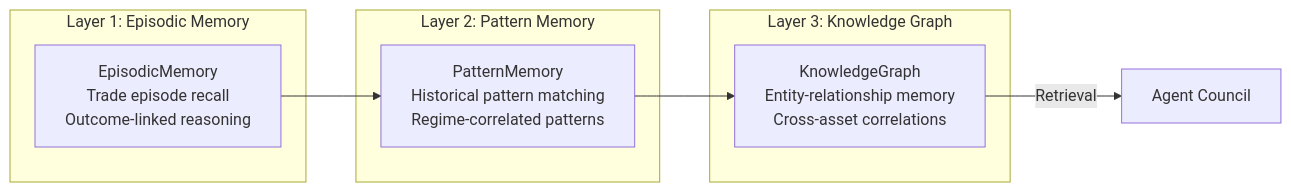
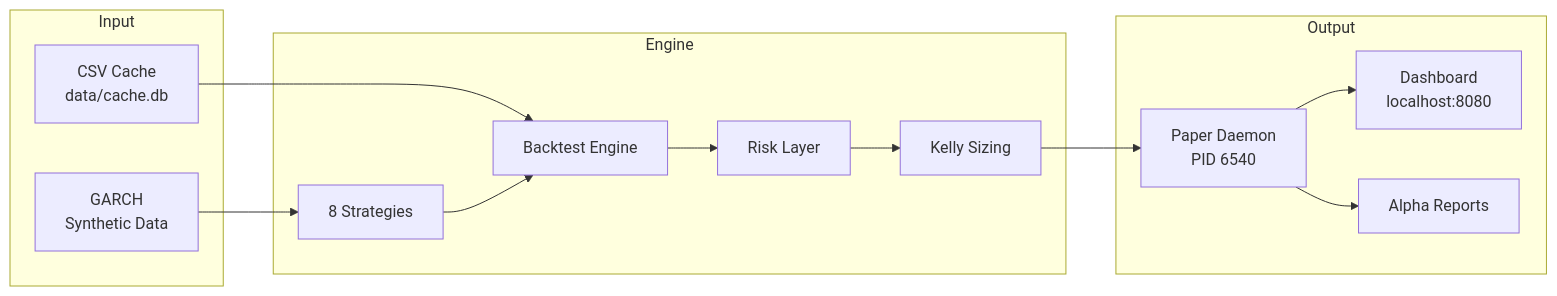
One commit to mulkymalikuldhrs/Quant-Nanggroe-AI changed the fourth of 4 diagrams in docs/ARCHITECTURE.md. Above: the diagram before and after it, drawn with Mermaid. The commit also changed other lines of this file and 706 other files, not shown here.

````diff
--- a/docs/ARCHITECTURE.md
+++ b/docs/ARCHITECTURE.md
@@ -550,18 +55,26 @@
 ```mermaid
-graph LR
-    subgraph "Layer 1: Episodic Memory"
-        EP[EpisodicMemory<br/>Trade episode recall<br/>Outcome-linked reasoning]
+flowchart LR
+    subgraph Input
+        A[GARCH<br/>Synthetic Data]
+        B[CSV Cache<br/>data/cache.db]
     end
-
-    subgraph "Layer 2: Pattern Memory"
-        PM[PatternMemory<br/>Historical pattern matching<br/>Regime-correlated patterns]
+    subgraph Engine
+        C[8 Strategies]
+        D[Backtest Engine]
+        E[Risk Layer]
+        F[Kelly Sizing]
     end
-
-    subgraph "Layer 3: Knowledge Graph"
-        KG[KnowledgeGraph<br/>Entity-relationship memory<br/>Cross-asset correlations]
+    subgraph Output
+        G[Paper Daemon<br/>PID 6540]
+        H[Dashboard<br/>localhost:8080]
+        I[Alpha Reports]
     end
-
-    EP --> PM
-    PM --> KG
-    KG -->|Retrieval| AGENTS[Agent Council]
+    A --> C
+    B --> D
+    C --> D
+    D --> E
+    E --> F
+    F --> G
+    G --> H
+    G --> I
 ```
````
